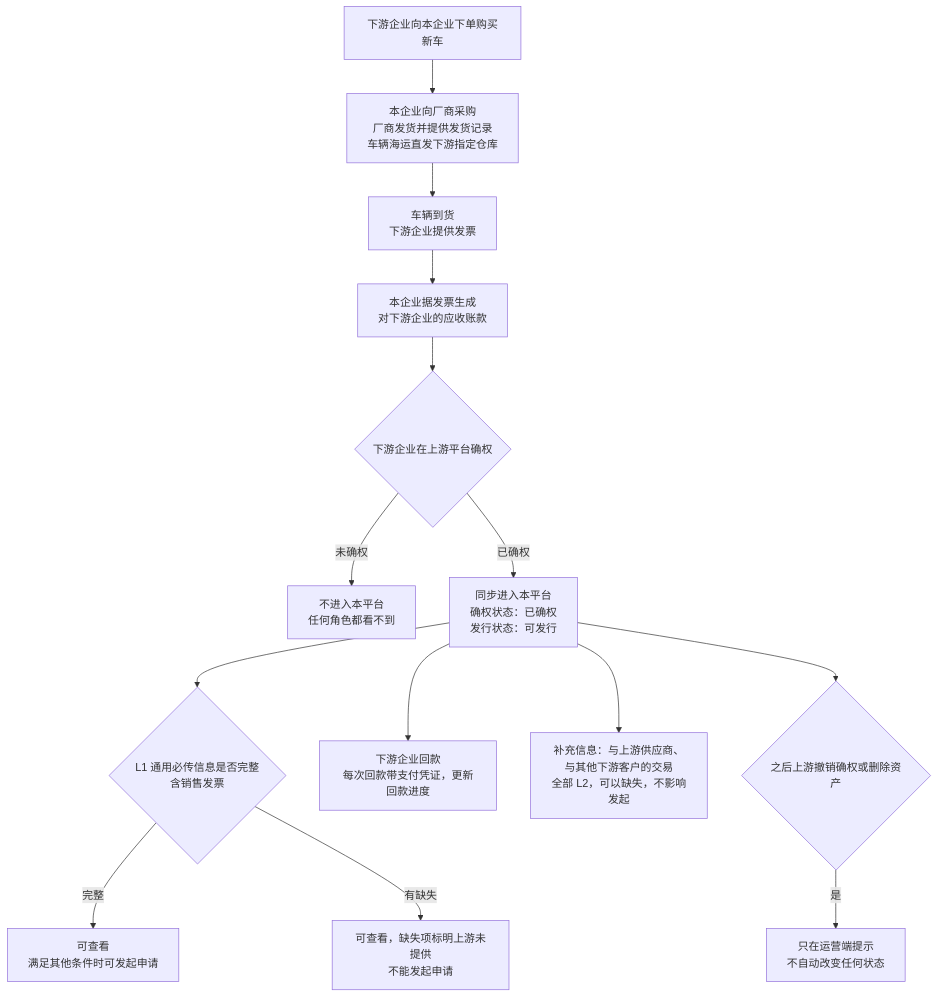
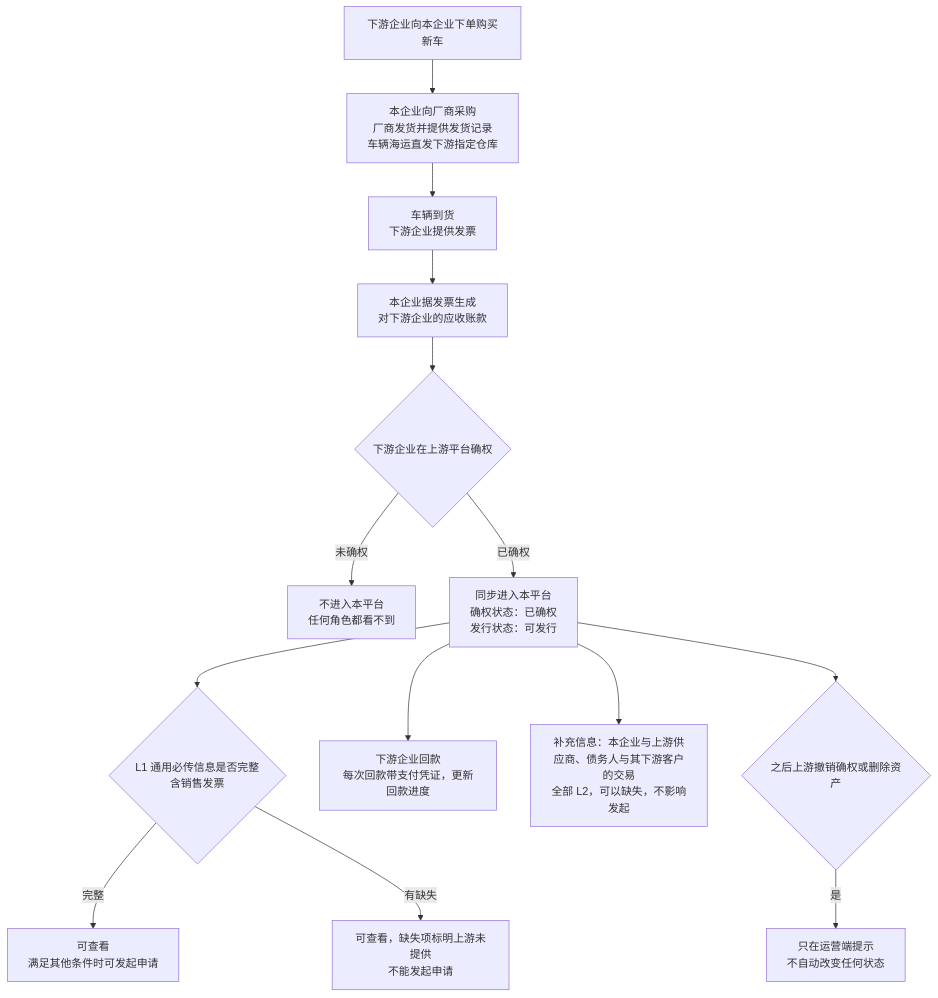
The first of 6 diagrams in token-issuance-platform/PRD/两端共用/M2-可信资产/02-可信资产-流程图与状态机.md (wxblockchain/Chain-Financing), drawn with Mermaid before and after one commit. The commit also changed other lines of this file and 2 other files, not shown here.

Commit message:
prd(WS-508): define downstream supplement as debtor-to-its-customers trades
The downstream part of supplementary info is the debtor's trades with its
own customers, used to gauge those customers' economic condition; it is
not the creditor's trades with other customers. Add pending item on who
supplies this data and consent to show it to the creditor.

````diff
--- a/token-issuance-platform/PRD/两端共用/M2-可信资产/02-可信资产-流程图与状态机.md
+++ b/token-issuance-platform/PRD/两端共用/M2-可信资产/02-可信资产-流程图与状态机.md
@@ -18,16 +18,16 @@
 ```mermaid
 flowchart TD
     A[下游企业向本企业下单购买新车] --> B[本企业向厂商采购<br/>厂商发货并提供发货记录<br/>车辆海运直发下游指定仓库]
     B --> C[车辆到货<br/>下游企业提供发票]
     C --> D[本企业据发票生成<br/>对下游企业的应收账款]
     D --> E{下游企业在上游平台确权}
     E -->|未确权| F[不进入本平台<br/>任何角色都看不到]
     E -->|已确权| G[同步进入本平台<br/>确权状态：已确权<br/>发行状态：可发行]
     G --> H{L1 通用必传信息是否完整<br/>含销售发票}
     H -->|完整| I[可查看<br/>满足其他条件时可发起申请]
     H -->|有缺失| J[可查看，缺失项标明上游未提供<br/>不能发起申请]
     G --> K[下游企业回款<br/>每次回款带支付凭证，更新回款进度]
-    G --> S[补充信息：与上游供应商、与其他下游客户的交易<br/>全部 L2，可以缺失，不影响发起]
+    G --> S[补充信息：本企业与上游供应商、债务人与其下游客户的交易<br/>全部 L2，可以缺失，不影响发起]
     G --> L{之后上游撤销确权或删除资产}
     L -->|是| M[只在运营端提示<br/>不自动改变任何状态]
 ```
````
